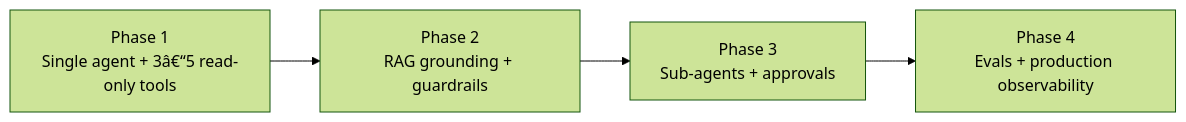
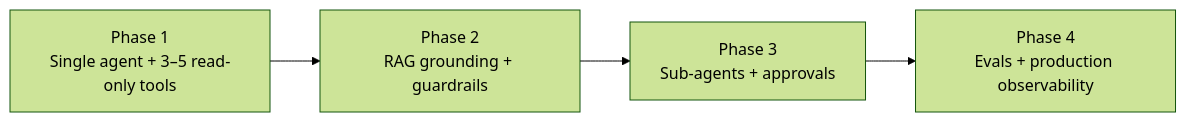
Before and after one commit to dnyanesh-k/notes: diagram 30 of 32 in interview/QnA.md, drawn with Mermaid (forest theme). The commit also changed other lines of this file and 1 other file, not shown here.

````diff
--- a/interview/QnA.md
+++ b/interview/QnA.md
@@ -3339,6 +3431,6 @@
 ```mermaid
 flowchart LR
-    P1["Phase 1\nSingle agent + 3â€“5 read-only tools"] --> P2["Phase 2\nRAG grounding + guardrails"]
+    P1["Phase 1\nSingle agent + 3–5 read-only tools"] --> P2["Phase 2\nRAG grounding + guardrails"]
     P2 --> P3["Phase 3\nSub-agents + approvals"]
     P3 --> P4["Phase 4\nEvals + production observability"]
 ```
````
